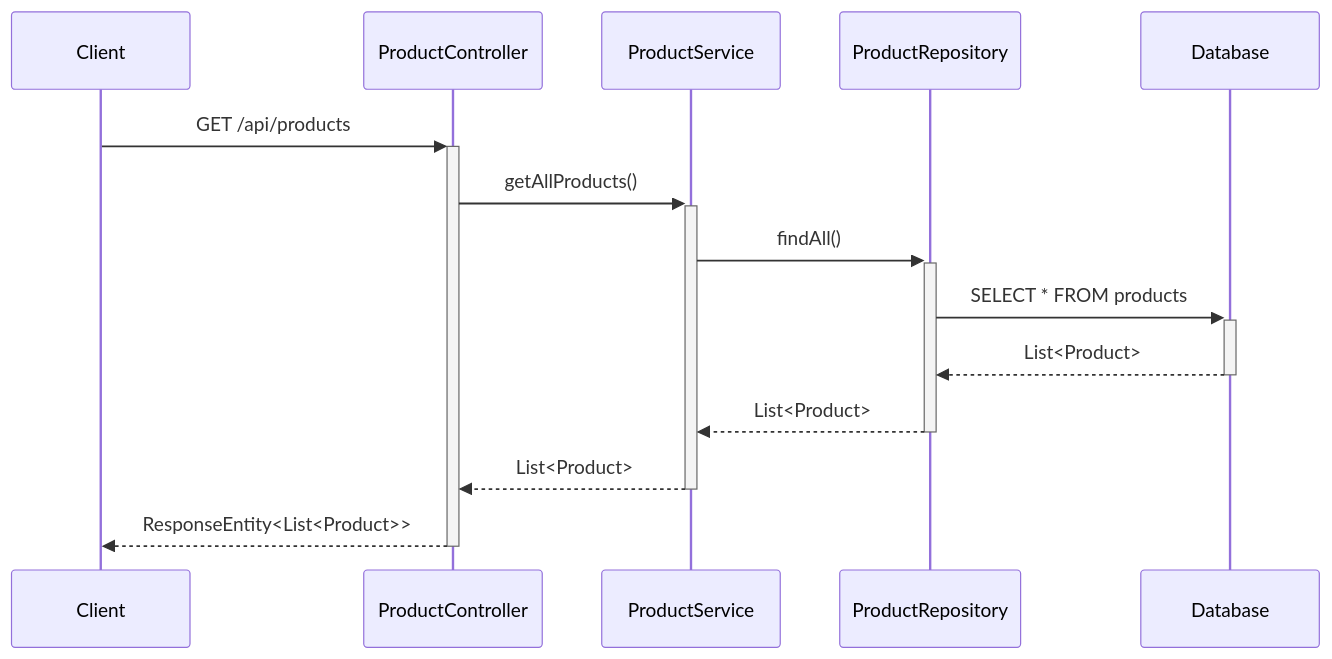
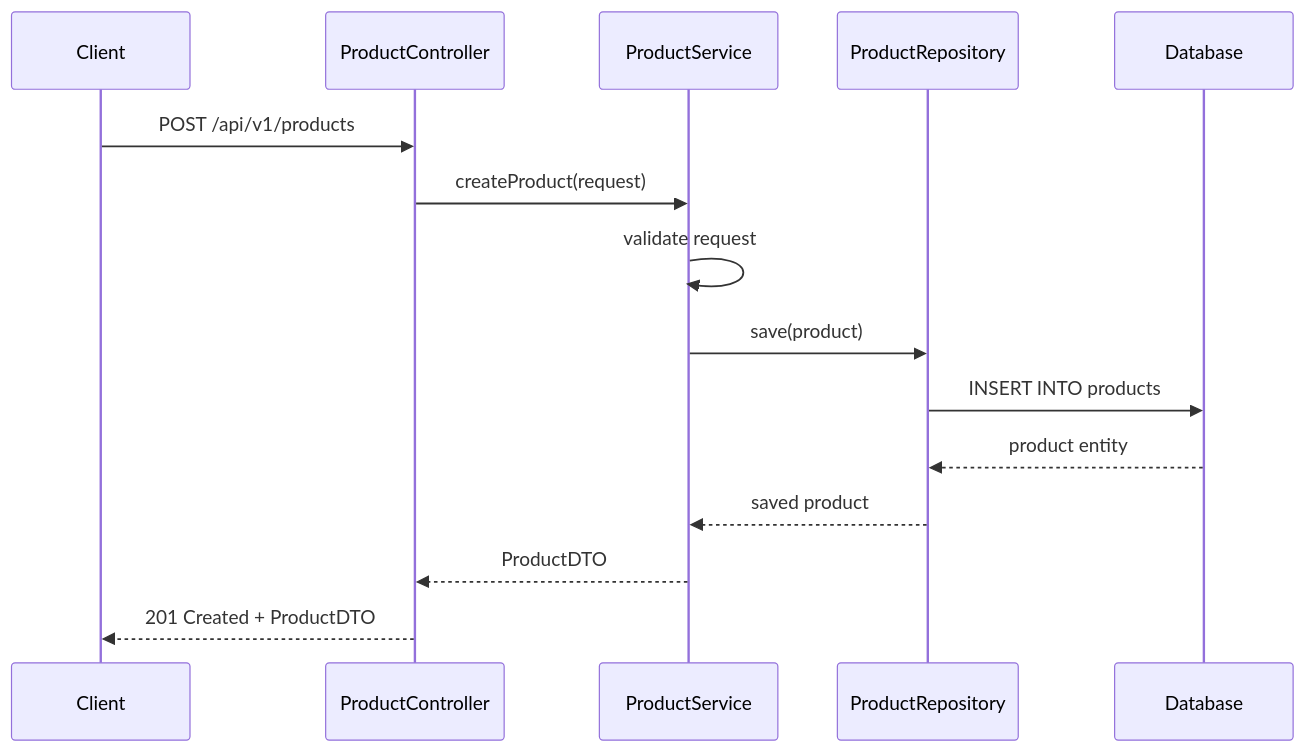
One commit to NavneetBN47/aava-ecom-demo changed the first of 8 diagrams in docs/LLD/lld.md. Above: the diagram before and after it, drawn with Mermaid. The commit also changed other lines of this file, not shown here.

````diff
--- a/docs/LLD/lld.md
+++ b/docs/LLD/lld.md
@@ -101,17 +1429,18 @@
 ```mermaid
 sequenceDiagram
     participant Client
     participant ProductController
     participant ProductService
     participant ProductRepository
     participant Database
-    
-    Client->>+ProductController: GET /api/products
-    ProductController->>+ProductService: getAllProducts()
-    ProductService->>+ProductRepository: findAll()
-    ProductRepository->>+Database: SELECT * FROM products
-    Database-->>-ProductRepository: List<Product>
-    ProductRepository-->>-ProductService: List<Product>
-    ProductService-->>-ProductController: List<Product>
-    ProductController-->>-Client: ResponseEntity<List<Product>>
+
+    Client->>ProductController: POST /api/v1/products
+    ProductController->>ProductService: createProduct(request)
+    ProductService->>ProductService: validate request
+    ProductService->>ProductRepository: save(product)
+    ProductRepository->>Database: INSERT INTO products
+    Database-->>ProductRepository: product entity
+    ProductRepository-->>ProductService: saved product
+    ProductService-->>ProductController: ProductDTO
+    ProductController-->>Client: 201 Created + ProductDTO
 ```
````
